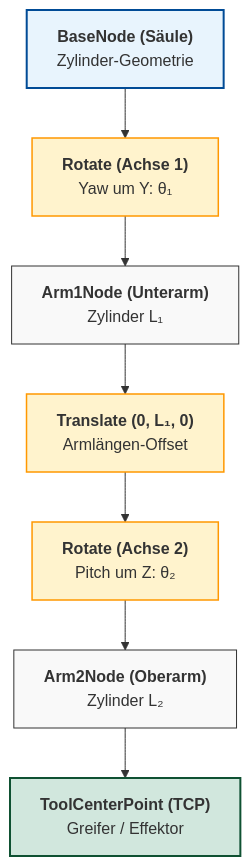
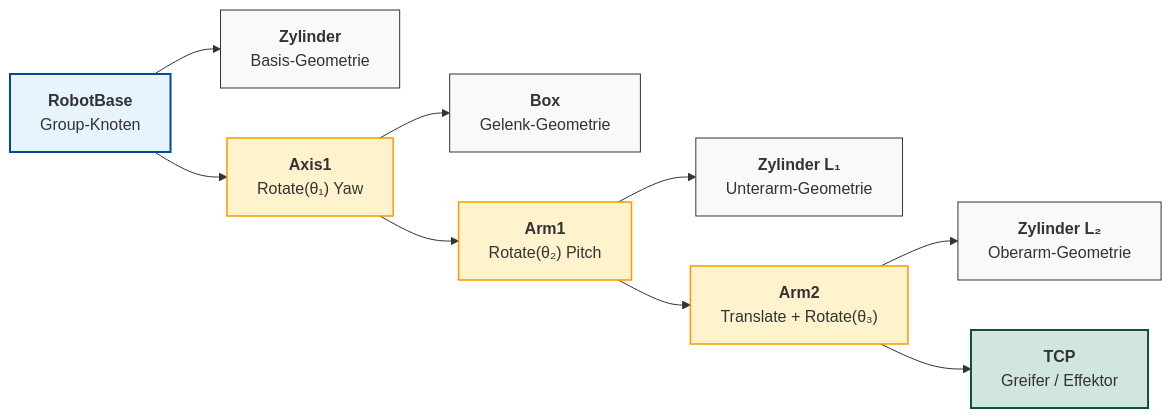
Before and after one commit to ghackenberg/kurs-computer-simulation: the diagram in Folien/05_Visualisierung_3D_OpenGL/Diagramme/Szenengraph_Roboterarm.mmd, drawn with Mermaid. The commit also changed 29 other files, not shown here.

```diff
--- a/Folien/05_Visualisierung_3D_OpenGL/Diagramme/Szenengraph_Roboterarm.mmd
+++ b/Folien/05_Visualisierung_3D_OpenGL/Diagramme/Szenengraph_Roboterarm.mmd
@@ -1,23 +1,19 @@
-flowchart TD
-    Base["<b>BaseNode (Säule)</b><br/>Zylinder-Geometrie"]
-    R1["<b>Rotate (Achse 1)</b><br/>Yaw um Y: θ₁"]
-    Arm1["<b>Arm1Node (Unterarm)</b><br/>Zylinder L₁"]
-    T1["<b>Translate (0, L₁, 0)</b><br/>Armlängen-Offset"]
-    R2["<b>Rotate (Achse 2)</b><br/>Pitch um Z: θ₂"]
-    Arm2["<b>Arm2Node (Oberarm)</b><br/>Zylinder L₂"]
-    TCP["<b>ToolCenterPoint (TCP)</b><br/>Greifer / Effektor"]
+flowchart LR
+    RobotBase["<b>RobotBase</b><br/>Group-Knoten"] --> BaseGeo["<b>Zylinder</b><br/>Basis-Geometrie"]
+    RobotBase --> Axis1["<b>Axis1</b><br/>Rotate(θ₁) Yaw"]
+    Axis1 --> Axis1Geo["<b>Box</b><br/>Gelenk-Geometrie"]
+    Axis1 --> Arm1["<b>Arm1</b><br/>Rotate(θ₂) Pitch"]
+    Arm1 --> Arm1Geo["<b>Zylinder L₁</b><br/>Unterarm-Geometrie"]
+    Arm1 --> Arm2["<b>Arm2</b><br/>Translate + Rotate(θ₃)"]
+    Arm2 --> Arm2Geo["<b>Zylinder L₂</b><br/>Oberarm-Geometrie"]
+    Arm2 --> TCP["<b>TCP</b><br/>Greifer / Effektor"]
 
-    Base --> R1
-    R1 --> Arm1
-    Arm1 --> T1
-    T1 --> R2
-    R2 --> Arm2
-    Arm2 --> TCP
-
-    style Base fill:#e8f4fd,stroke:#004B96,stroke-width:2px
-    style R1 fill:#fff3cd,stroke:#ff9800,stroke-width:1.5px
-    style Arm1 fill:#f9f9f9,stroke:#333333,stroke-width:1px
-    style T1 fill:#fff3cd,stroke:#ff9800,stroke-width:1.5px
-    style R2 fill:#fff3cd,stroke:#ff9800,stroke-width:1.5px
-    style Arm2 fill:#f9f9f9,stroke:#333333,stroke-width:1px
+    style RobotBase fill:#e8f4fd,stroke:#004B96,stroke-width:2px
+    style Axis1 fill:#fff3cd,stroke:#ff9800,stroke-width:1.5px
+    style Arm1 fill:#fff3cd,stroke:#ff9800,stroke-width:1.5px
+    style Arm2 fill:#fff3cd,stroke:#ff9800,stroke-width:1.5px
     style TCP fill:#d1e7dd,stroke:#0f5132,stroke-width:2px
+    style BaseGeo fill:#f9f9f9,stroke:#333333,stroke-width:1px
+    style Axis1Geo fill:#f9f9f9,stroke:#333333,stroke-width:1px
+    style Arm1Geo fill:#f9f9f9,stroke:#333333,stroke-width:1px
+    style Arm2Geo fill:#f9f9f9,stroke:#333333,stroke-width:1px
```
